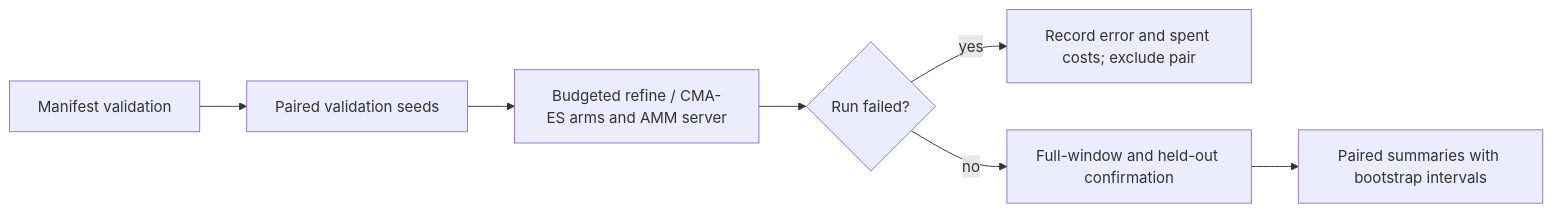
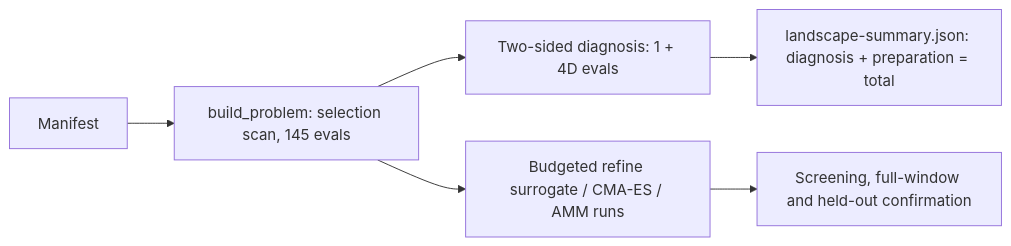
Before and after one commit to stSoftwareAU/NEAT-AI-Lamarck: the diagram in docs/archive/pr-summaries/pr-summary-266.md, drawn with Mermaid. The commit also changed other lines of this file and 32 other files, not shown here.

````diff
--- a/docs/archive/pr-summaries/pr-summary-266.md
+++ b/docs/archive/pr-summaries/pr-summary-266.md
@@ -70,9 +105,8 @@
 ```mermaid
 flowchart LR
-    M[Manifest validation] --> V[Paired validation seeds]
-    V --> B[Budgeted refine / CMA-ES arms and AMM server]
-    B --> F{Run failed?}
-    F -->|yes| E[Record error and spent costs; exclude pair]
-    F -->|no| H[Full-window and held-out confirmation]
-    H --> S[Paired summaries with bootstrap intervals]
+    M[Manifest] --> B[build_problem: selection scan, 145 evals]
+    B --> D[Two-sided diagnosis: 1 + 4D evals]
+    B --> A[Budgeted refine surrogate / CMA-ES / AMM runs]
+    D --> L["landscape-summary.json: diagnosis + preparation = total"]
+    A --> C[Screening, full-window and held-out confirmation]
 ```
````
